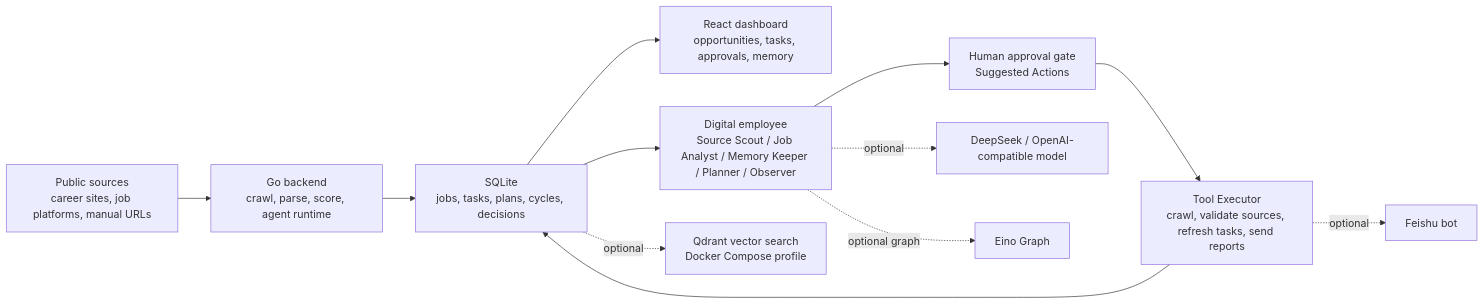
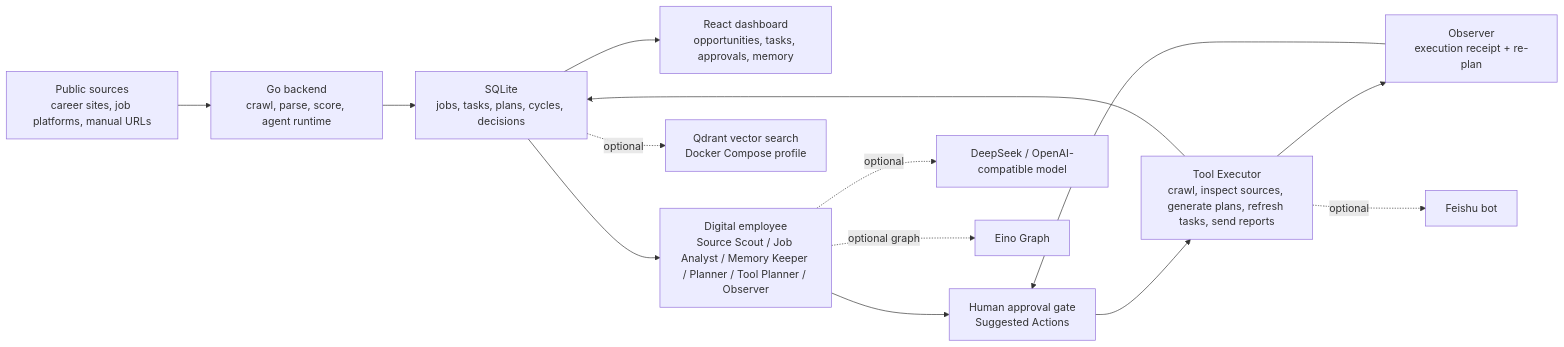
One commit to wenroudeyanhuo/Job-hunter-agent changed the diagram in README.md. Above: the diagram before and after it, drawn with Mermaid. The commit also changed other lines of this file and 20 other files, not shown here.

````diff
--- a/README.md
+++ b/README.md
@@ -23,14 +24,16 @@
 ```mermaid
 flowchart LR
   Sources["Public sources<br/>career sites, job platforms, manual URLs"] --> Backend["Go backend<br/>crawl, parse, score, agent runtime"]
   Backend --> SQLite["SQLite<br/>jobs, tasks, plans, cycles, decisions"]
   SQLite --> Dashboard["React dashboard<br/>opportunities, tasks, approvals, memory"]
-  SQLite --> Agent["Digital employee<br/>Source Scout / Job Analyst / Memory Keeper / Planner / Observer"]
+  SQLite --> Agent["Digital employee<br/>Source Scout / Job Analyst / Memory Keeper / Planner / Tool Planner / Observer"]
   Agent --> Approval["Human approval gate<br/>Suggested Actions"]
-  Approval --> Tools["Tool Executor<br/>crawl, validate sources, refresh tasks, send reports"]
+  Approval --> Tools["Tool Executor<br/>crawl, inspect sources, generate plans, refresh tasks, send reports"]
   Tools --> SQLite
+  Tools --> Observer["Observer<br/>execution receipt + re-plan"]
+  Observer --> Approval
   Agent -. optional .-> Model["DeepSeek / OpenAI-compatible model"]
   Agent -. optional graph .-> Eino["Eino Graph"]
   SQLite -. optional .-> Qdrant["Qdrant vector search<br/>Docker Compose profile"]
   Tools -. optional .-> Feishu["Feishu bot"]
 ```
````
